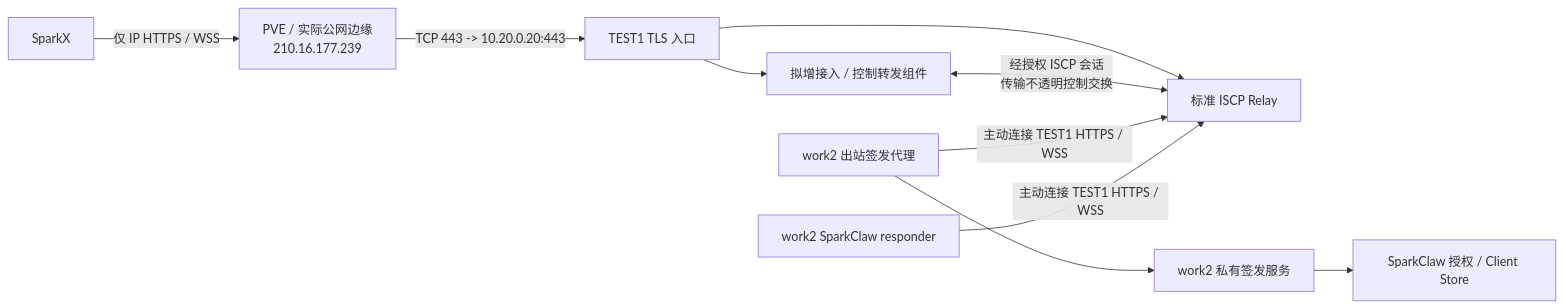
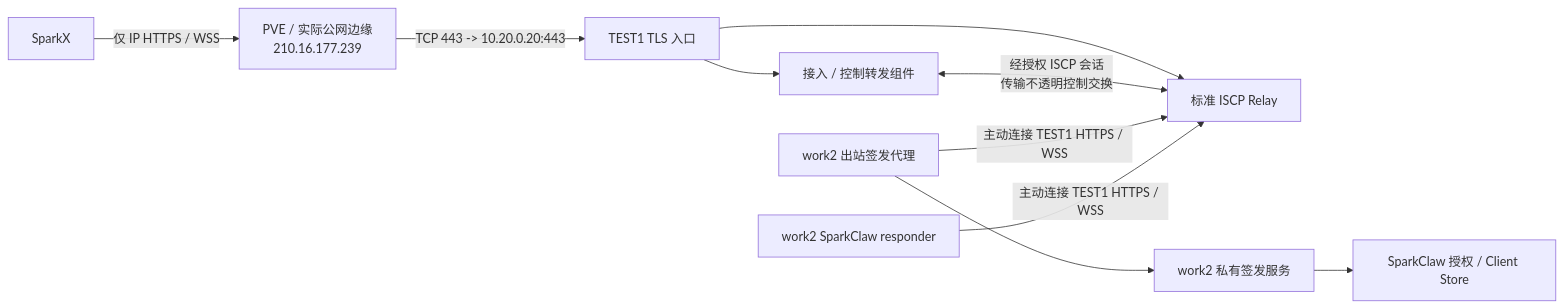
One commit to Infinimesh-ai/SparkClaw changed the first of 2 diagrams in zh-cn/docs/public-iscp-relay-node-issuer-design.md. Above: the diagram before and after it, drawn with Mermaid. The commit also changed other lines of this file and 5 other files, not shown here.

````diff
--- a/zh-cn/docs/public-iscp-relay-node-issuer-design.md
+++ b/zh-cn/docs/public-iscp-relay-node-issuer-design.md
@@ -75,12 +76,12 @@
 ```mermaid
 flowchart LR
     X["SparkX"] -->|"仅 IP HTTPS / WSS"| P["PVE / 实际公网边缘<br/>210.16.177.239"]
     P -->|"TCP 443 -> 10.20.0.20:443"| E["TEST1 TLS 入口"]
     E --> R["标准 ISCP Relay"]
-    E --> C["拟增接入 / 控制转发组件"]
+    E --> C["接入 / 控制转发组件"]
     C <-->|"经授权 ISCP 会话<br/>传输不透明控制交换"| R
     W["work2 出站签发代理"] -->|"主动连接 TEST1 HTTPS / WSS"| R
     W --> I["work2 私有签发服务"]
     I --> A["SparkClaw 授权 / Client Store"]
     G["work2 SparkClaw responder"] -->|"主动连接 TEST1 HTTPS / WSS"| R
 ```
````
